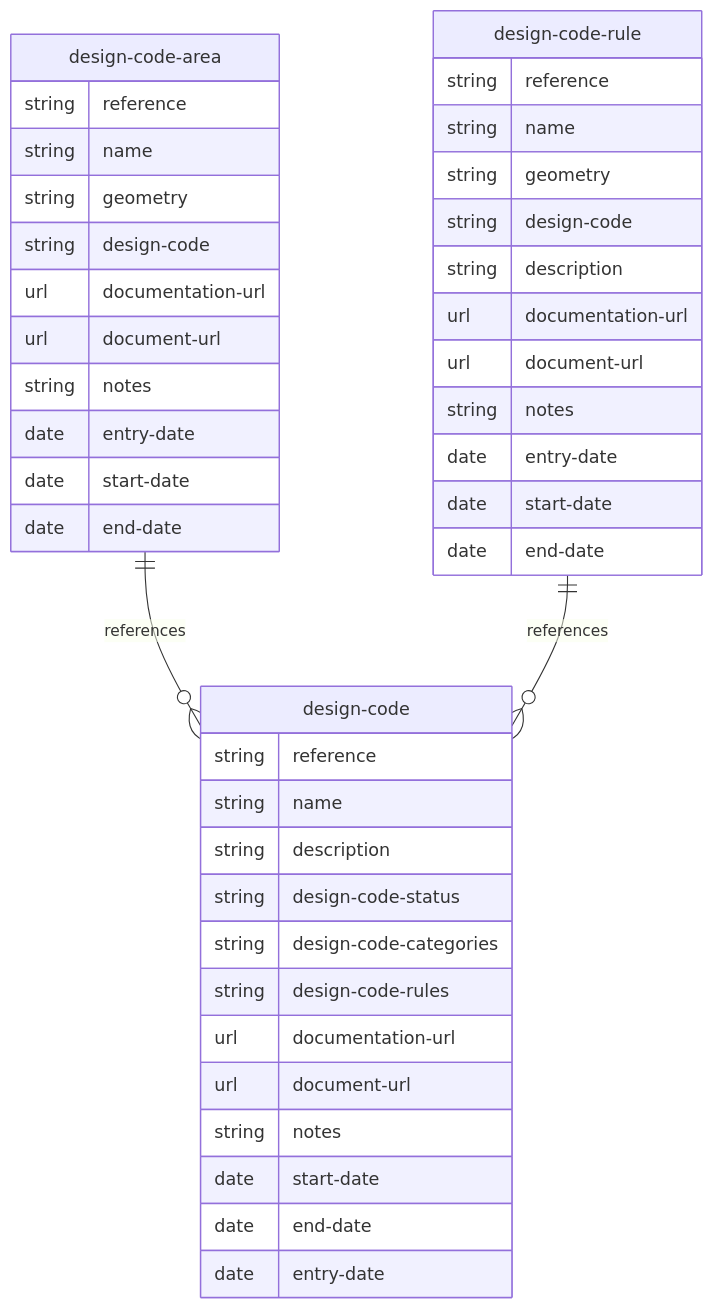
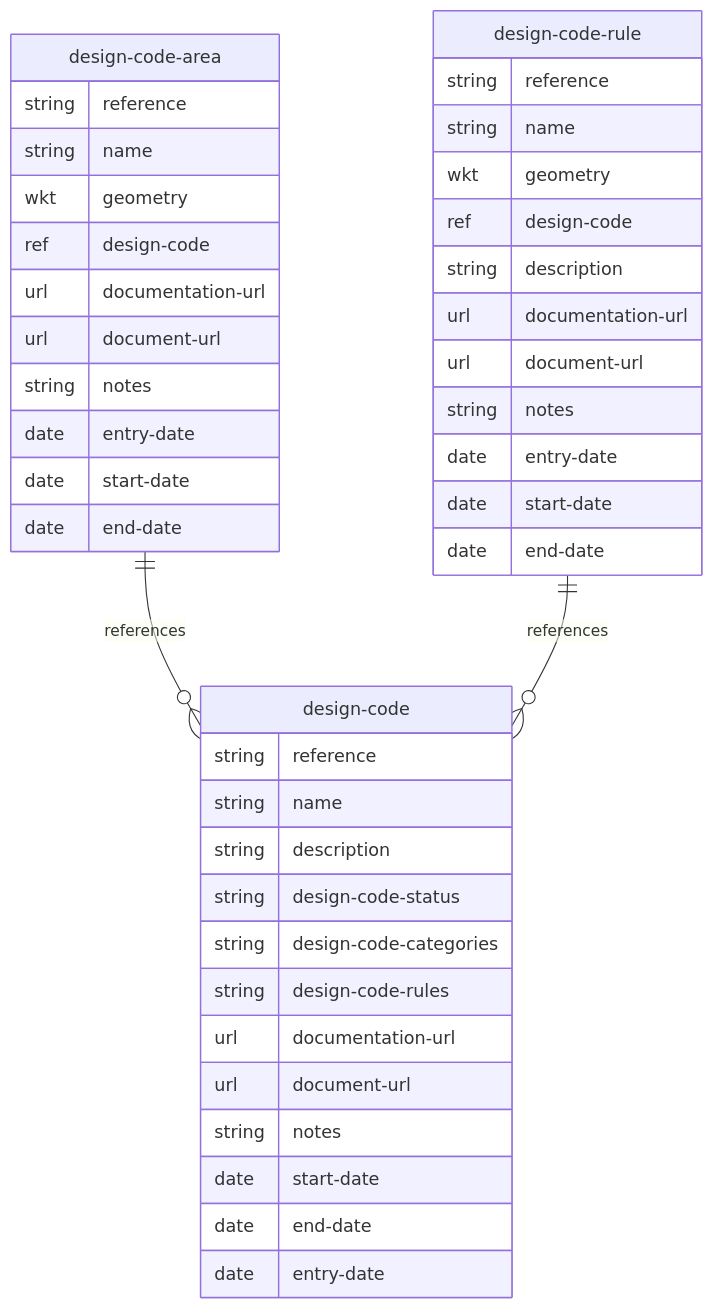
Before and after one commit to digital-land/specification: the diagram in mermaid/design-code.md, drawn with Mermaid. The commit also changed 9 other files, not shown here.

````diff
--- a/mermaid/design-code.md
+++ b/mermaid/design-code.md
@@ -4,44 +4,44 @@
 ```mermaid
 erDiagram
     design-code {
         string reference
         string name
         string description
         string design-code-status
         string design-code-categories
         string design-code-rules
         url documentation-url
         url document-url
         string notes
         date start-date
         date end-date
         date entry-date
     }
     design-code-area {
         string reference
         string name
-        string geometry
-        string design-code
+        wkt geometry
+        ref design-code
         url documentation-url
         url document-url
         string notes
         date entry-date
         date start-date
         date end-date
     }
     design-code-rule {
         string reference
         string name
-        string geometry
-        string design-code
+        wkt geometry
+        ref design-code
         string description
         url documentation-url
         url document-url
         string notes
         date entry-date
         date start-date
         date end-date
     }
     design-code-area ||--o{ design-code : references
     design-code-rule ||--o{ design-code : references
 ```
````
